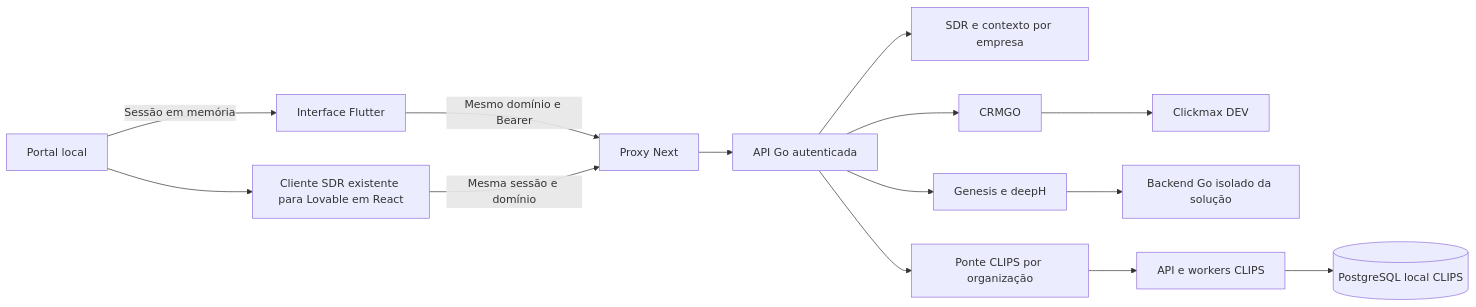
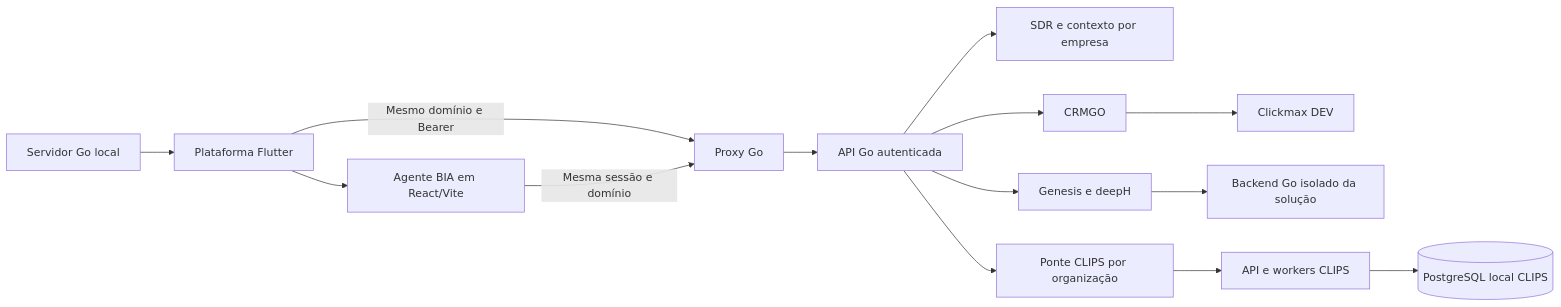
One commit to tom-lisboa/ArkomGO changed the first of 3 diagrams in docs/ECOSISTEMA-LOCAL-FLUTTER.md. Above: the diagram before and after it, drawn with Mermaid. The commit also changed other lines of this file and 614 other files, not shown here.

Commit message:
Replace Next platform with Flutter and Go navigation

````diff
--- a/docs/ECOSISTEMA-LOCAL-FLUTTER.md
+++ b/docs/ECOSISTEMA-LOCAL-FLUTTER.md
@@ -37,16 +28,16 @@
 ```mermaid
 flowchart LR
-  P[Portal local] -->|Sessão em memória| F[Interface Flutter]
-  F -->|Mesmo domínio e Bearer| N[Proxy Next]
-  P --> L[Cliente SDR existente para Lovable em React]
+  P[Servidor Go local] --> F[Plataforma Flutter]
+  F -->|Mesmo domínio e Bearer| N[Proxy Go]
+  F --> L[Agente BIA em React/Vite]
   L -->|Mesma sessão e domínio| N
   N --> A[API Go autenticada]
   A --> S[SDR e contexto por empresa]
   A --> C[CRMGO]
   C --> D[Clickmax DEV]
   A --> H[Genesis e deepH]
   H --> R[Backend Go isolado da solução]
   A --> V[Ponte CLIPS por organização]
   V --> W[API e workers CLIPS]
   W --> B[(PostgreSQL local CLIPS)]
 ```
````
